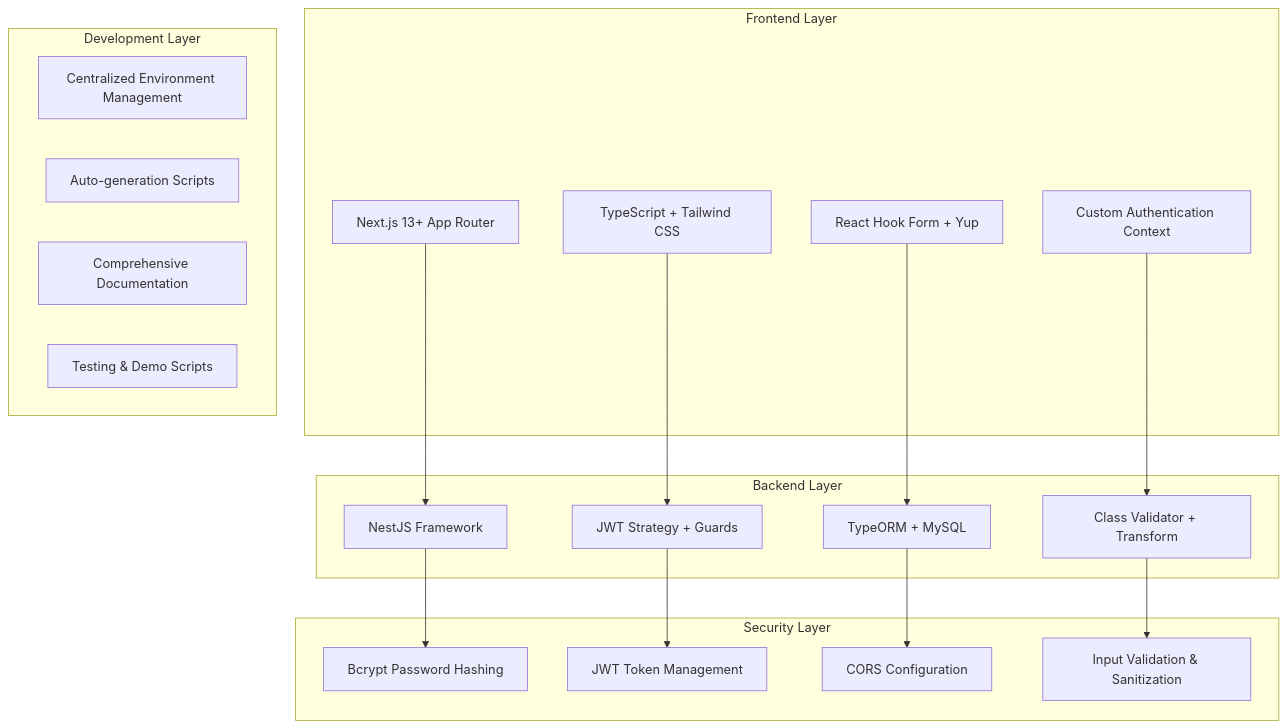
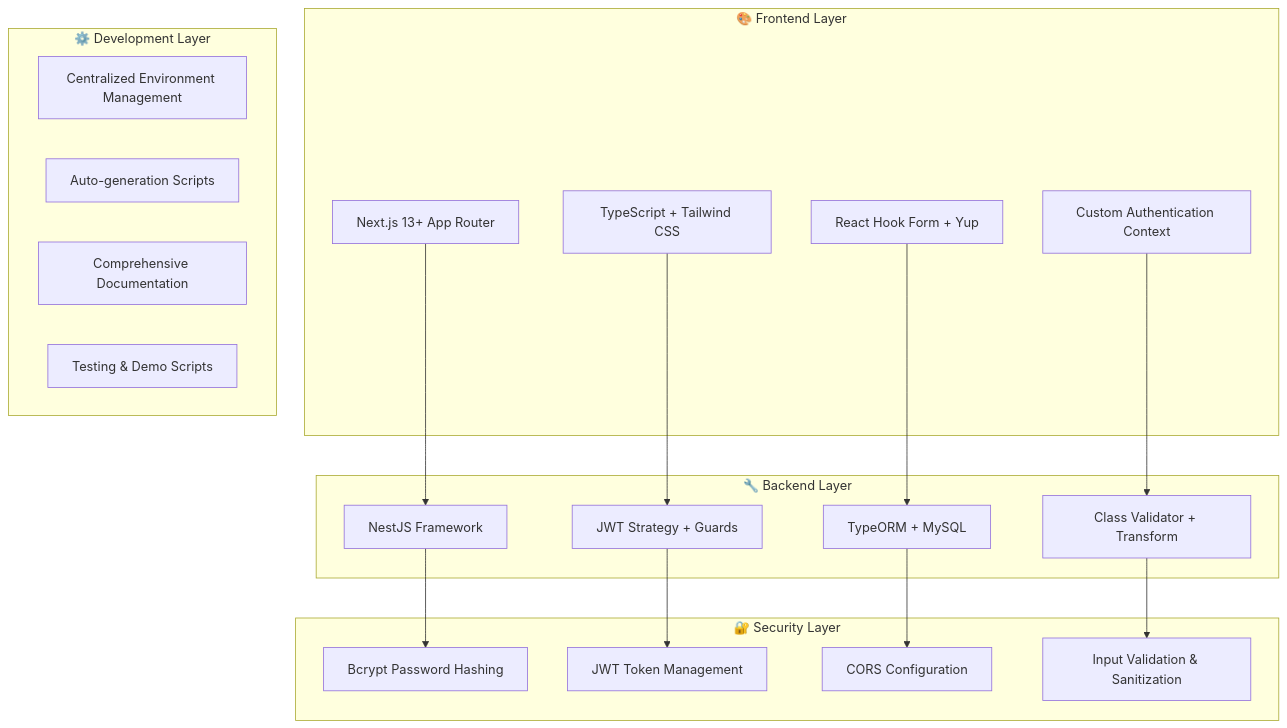
Before and after one commit to dotuananhtb/Blog_Project: the first of 2 diagrams in README.md, drawn with Mermaid. The commit also changed other lines of this file and 1 other file, not shown here.

````diff
--- a/README.md
+++ b/README.md
@@ -120,39 +219,39 @@
 ```mermaid
 graph TB
-    subgraph "Frontend Layer"
+    subgraph "🎨 Frontend Layer"
         A[Next.js 13+ App Router]
         B[TypeScript + Tailwind CSS]
         C[React Hook Form + Yup]
         D[Custom Authentication Context]
     end
-
-    subgraph "Backend Layer"
+    
+    subgraph "🔧 Backend Layer"
         E[NestJS Framework]
         F[JWT Strategy + Guards]
         G[TypeORM + MySQL]
         H[Class Validator + Transform]
     end
-
-    subgraph "Security Layer"
+    
+    subgraph "🔐 Security Layer"
         I[Bcrypt Password Hashing]
         J[JWT Token Management]
         K[CORS Configuration]
         L[Input Validation & Sanitization]
     end
-
-    subgraph "Development Layer"
+    
+    subgraph "⚙️ Development Layer"
         M[Centralized Environment Management]
         N[Auto-generation Scripts]
         O[Comprehensive Documentation]
         P[Testing & Demo Scripts]
     end
 
     A --> E
     B --> F
     C --> G
     D --> H
     E --> I
     F --> J
     G --> K
     H --> L
 ```
````
